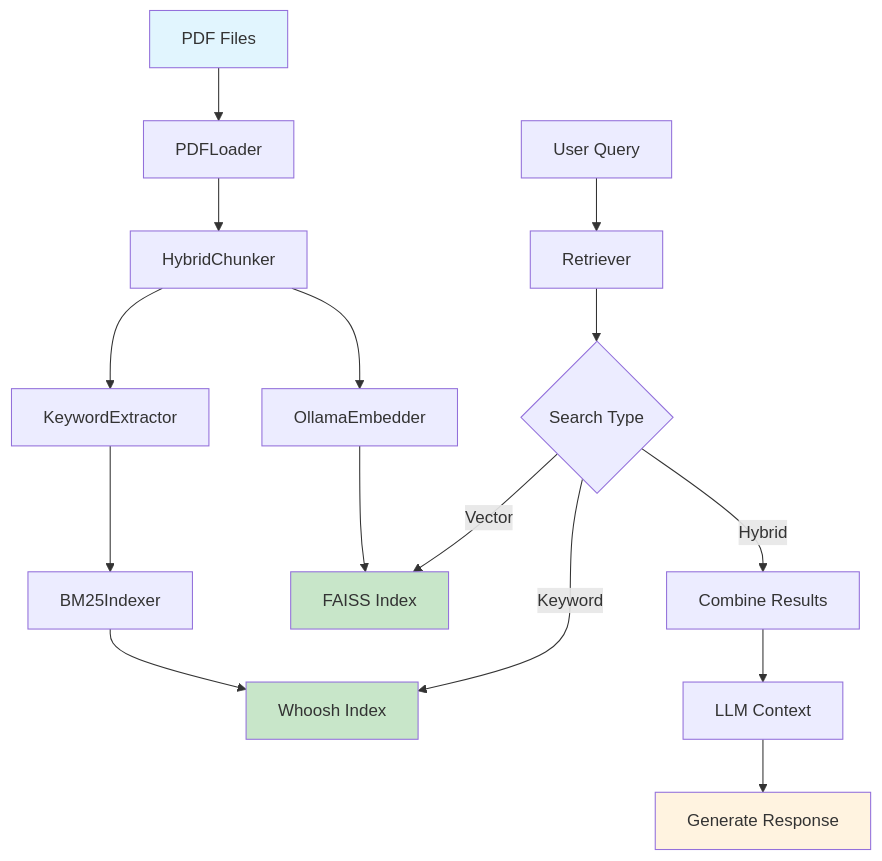
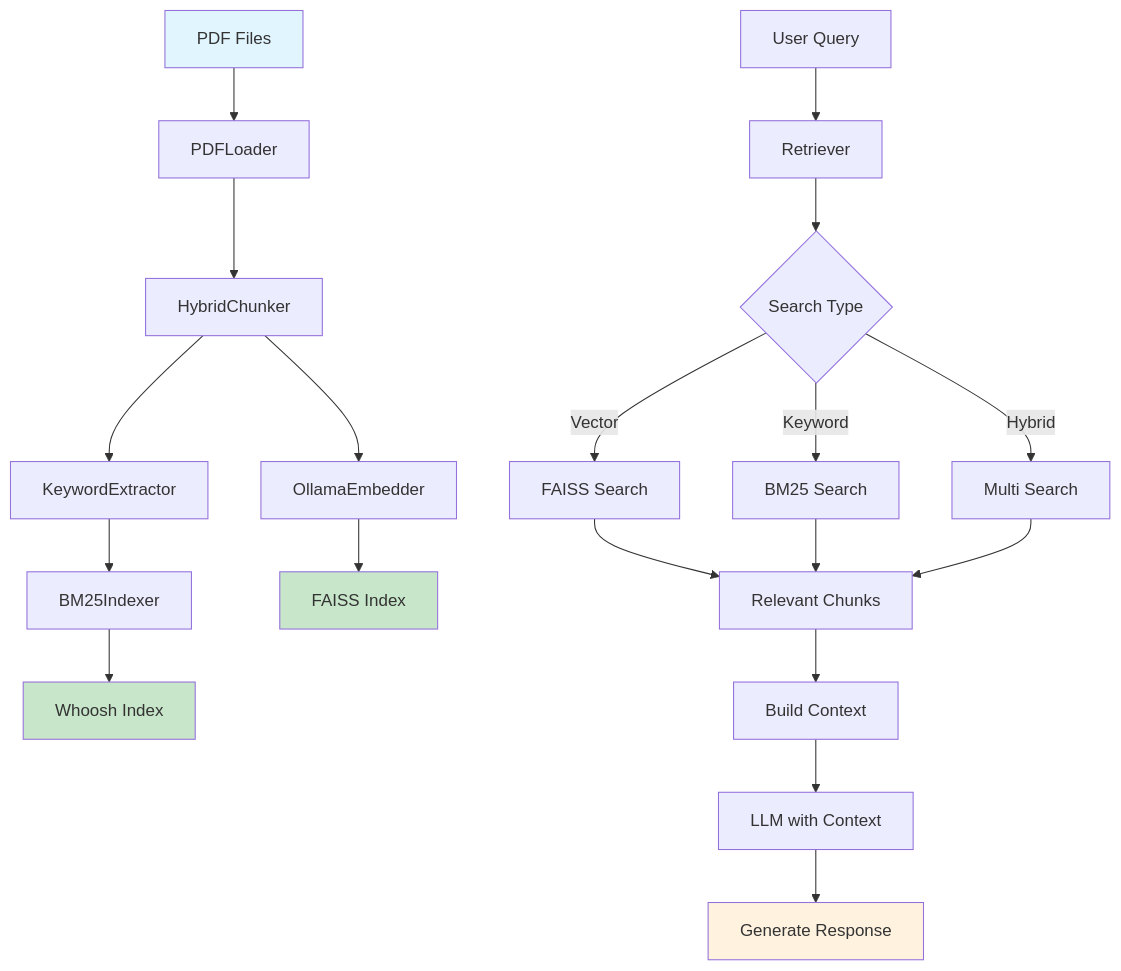
Before and after one commit to Flowerf19/RAG: the diagram in README.md, drawn with Mermaid. The commit also changed other lines of this file, not shown here.

````diff
--- a/README.md
+++ b/README.md
@@ -101,24 +101,29 @@
 ```mermaid
 graph TD
     A[PDF Files] --> B[PDFLoader]
     B --> C[HybridChunker]
     C --> D[KeywordExtractor]
     C --> E[OllamaEmbedder]
     D --> F[BM25Indexer]
     E --> G[FAISS Index]
     F --> H[Whoosh Index]
 
     I[User Query] --> J[Retriever]
     J --> K{Search Type}
-    K -->|Vector| G
-    K -->|Keyword| H
-    K -->|Hybrid| L[Combine Results]
+    K -->|Vector| L[FAISS Search]
+    K -->|Keyword| M[BM25 Search]
+    K -->|Hybrid| N[Multi Search]
 
-    L --> M[LLM Context]
-    M --> N[Generate Response]
+    L --> O[Relevant Chunks]
+    M --> O
+    N --> O
+
+    O --> P[Build Context]
+    P --> Q[LLM with Context]
+    Q --> R[Generate Response]
 
     style A fill:#e1f5fe
     style G fill:#c8e6c9
     style H fill:#c8e6c9
-    style N fill:#fff3e0
+    style R fill:#fff3e0
 ```
````
